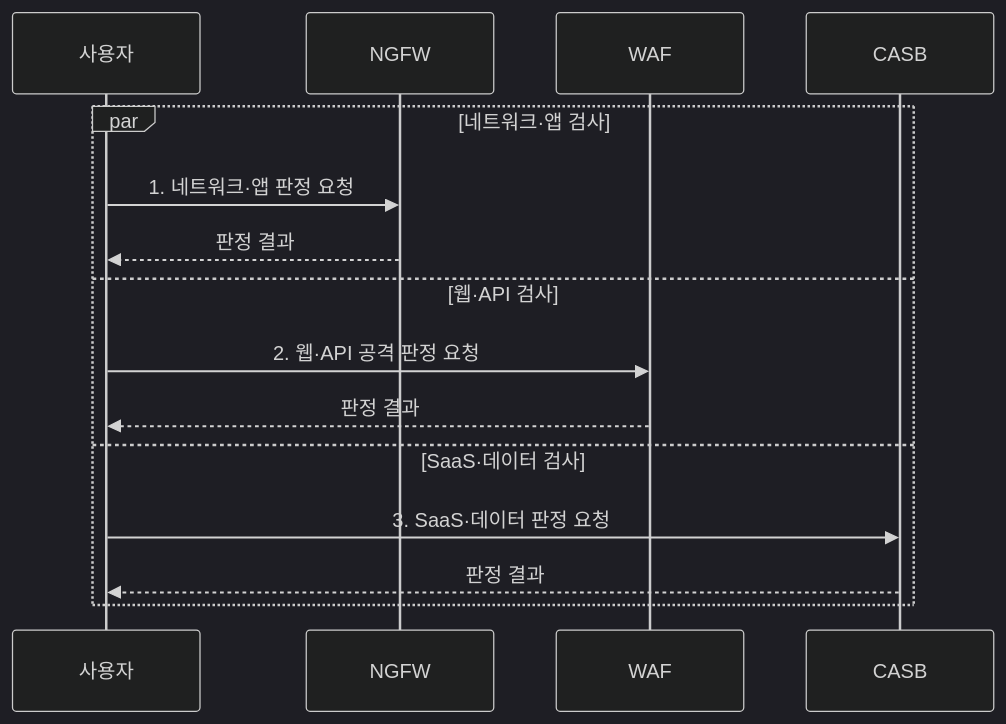
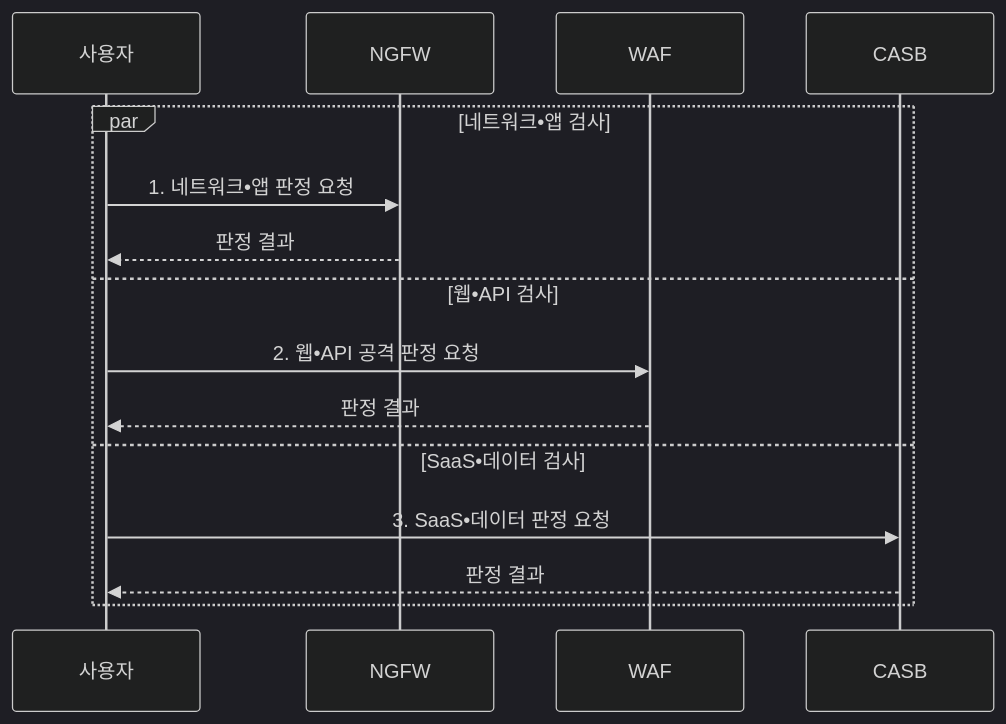
The second of 2 diagrams in src/content/docs/notes/05-security/022_ngfw_waf_casb_comparison.md (agnusdei1207/knowledge-base), drawn with Mermaid (dark theme) before and after one commit. The commit also changed other lines of this file and 953 other files, not shown here.

````diff
--- a/src/content/docs/notes/05-security/022_ngfw_waf_casb_comparison.md
+++ b/src/content/docs/notes/05-security/022_ngfw_waf_casb_comparison.md
@@ -95,17 +95,17 @@
 ```mermaid
 sequenceDiagram
     participant U as 사용자
     participant N as NGFW
     participant W as WAF
     participant C as CASB
-    par 네트워크·앱 검사
-        U->>N: 1. 네트워크·앱 판정 요청
+    par 네트워크•앱 검사
+        U->>N: 1. 네트워크•앱 판정 요청
         N-->>U: 판정 결과
-    and 웹·API 검사
-        U->>W: 2. 웹·API 공격 판정 요청
+    and 웹•API 검사
+        U->>W: 2. 웹•API 공격 판정 요청
         W-->>U: 판정 결과
-    and SaaS·데이터 검사
-        U->>C: 3. SaaS·데이터 판정 요청
+    and SaaS•데이터 검사
+        U->>C: 3. SaaS•데이터 판정 요청
         C-->>U: 판정 결과
     end
 ```
````
